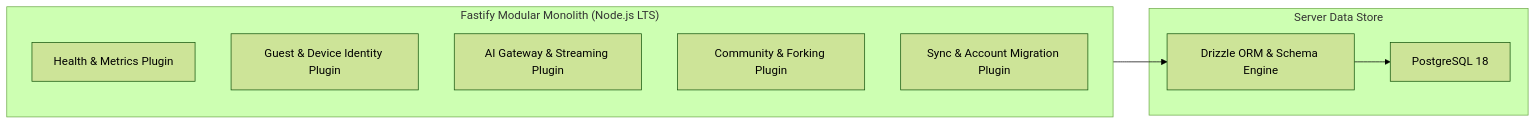
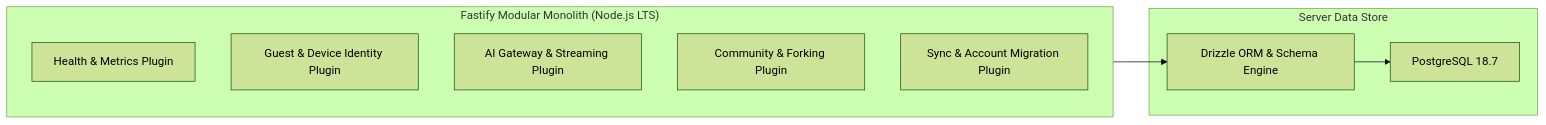
Before and after one commit to 3bdallahusin/sos-v3: the sixth of 7 diagrams in ARCHITECTURE.md, drawn with Mermaid (forest theme). The commit also changed other lines of this file and 5 other files, not shown here.

Commit message:
docs: finalize documentation audit corrections and roadmap

````diff
--- a/ARCHITECTURE.md
+++ b/ARCHITECTURE.md
@@ -292,18 +307,18 @@
 ```mermaid
 flowchart LR
     subgraph FastifyServer ["Fastify Modular Monolith (Node.js LTS)"]
         Plugin_Health["Health & Metrics Plugin"]
         Plugin_Identity["Guest & Device Identity Plugin"]
         Plugin_AI["AI Gateway & Streaming Plugin"]
         Plugin_Community["Community & Forking Plugin"]
         Plugin_Sync["Sync & Account Migration Plugin"]
     end
 
     subgraph DataStorage ["Server Data Store"]
-        Postgres["PostgreSQL 18"]
+        Postgres["PostgreSQL 18.7"]
         Drizzle["Drizzle ORM & Schema Engine"]
     end
 
     FastifyServer --> Drizzle
     Drizzle --> Postgres
 ```
````
